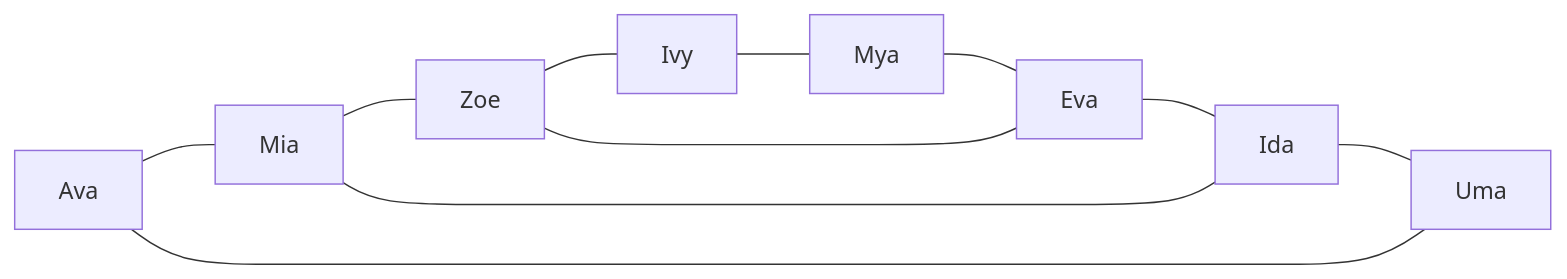
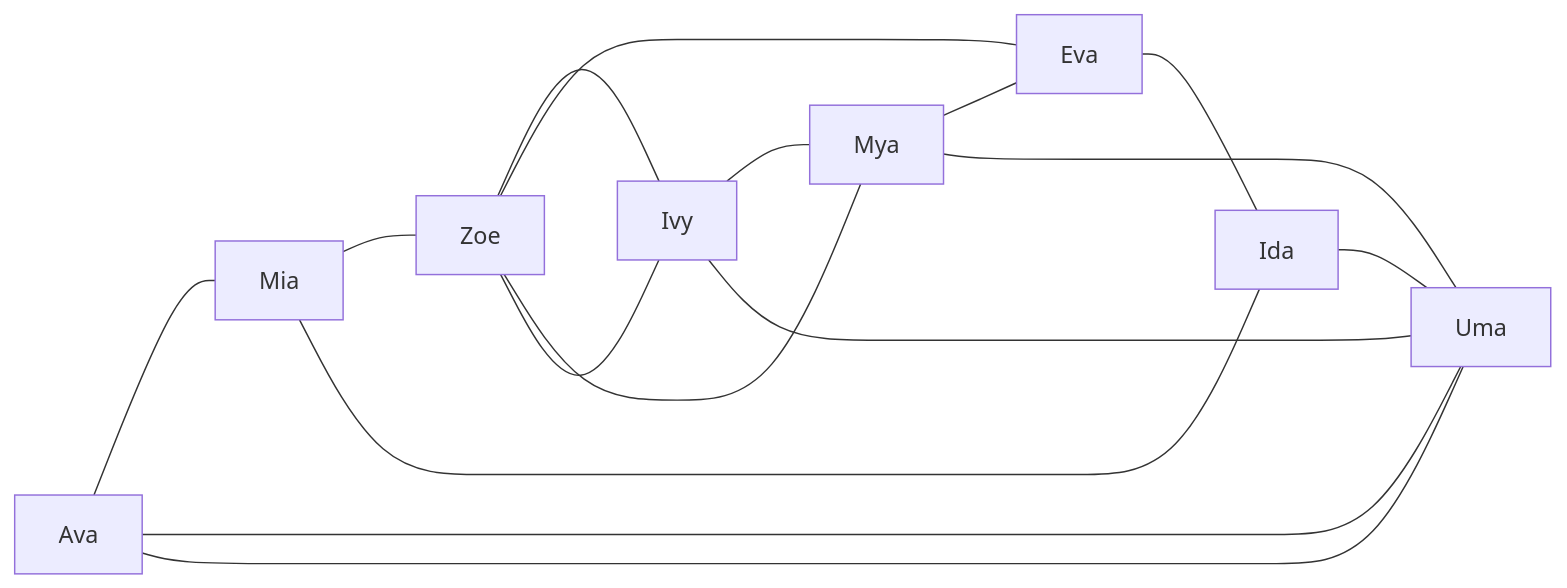
Before and after one commit to sorukumar/blog: the first of 3 diagrams in _posts/Draft-2024-04-12-Centrality-Measures.md, drawn with Mermaid. The commit also changed other lines of this file, not shown here.

Commit message:
_posts/Draft-2024-04-12-Centrality-Measures.md updated from https://stackedit.io/

````diff
--- a/_posts/Draft-2024-04-12-Centrality-Measures.md
+++ b/_posts/Draft-2024-04-12-Centrality-Measures.md
@@ -12,13 +12,18 @@
 ```mermaid
 flowchart LR
     Ava --- Mia
     Mia --- Zoe
     Zoe --- Ivy
     Ivy --- Mya
     Mya --- Eva
     Eva --- Ida
     Ida --- Uma
     Uma --- Ava
     Zoe --- Eva
     Mia --- Ida
+    Ava --- Uma
+    Uma --- Ivy
+    Ivy --- Zoe
+    Zoe --- Mya
+    Mya --- Uma
    ```
````
